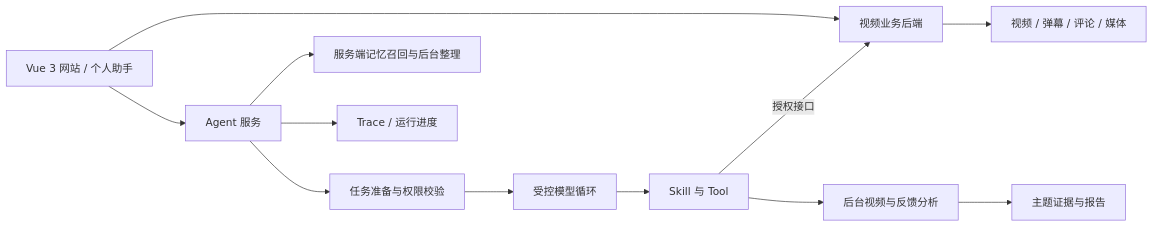
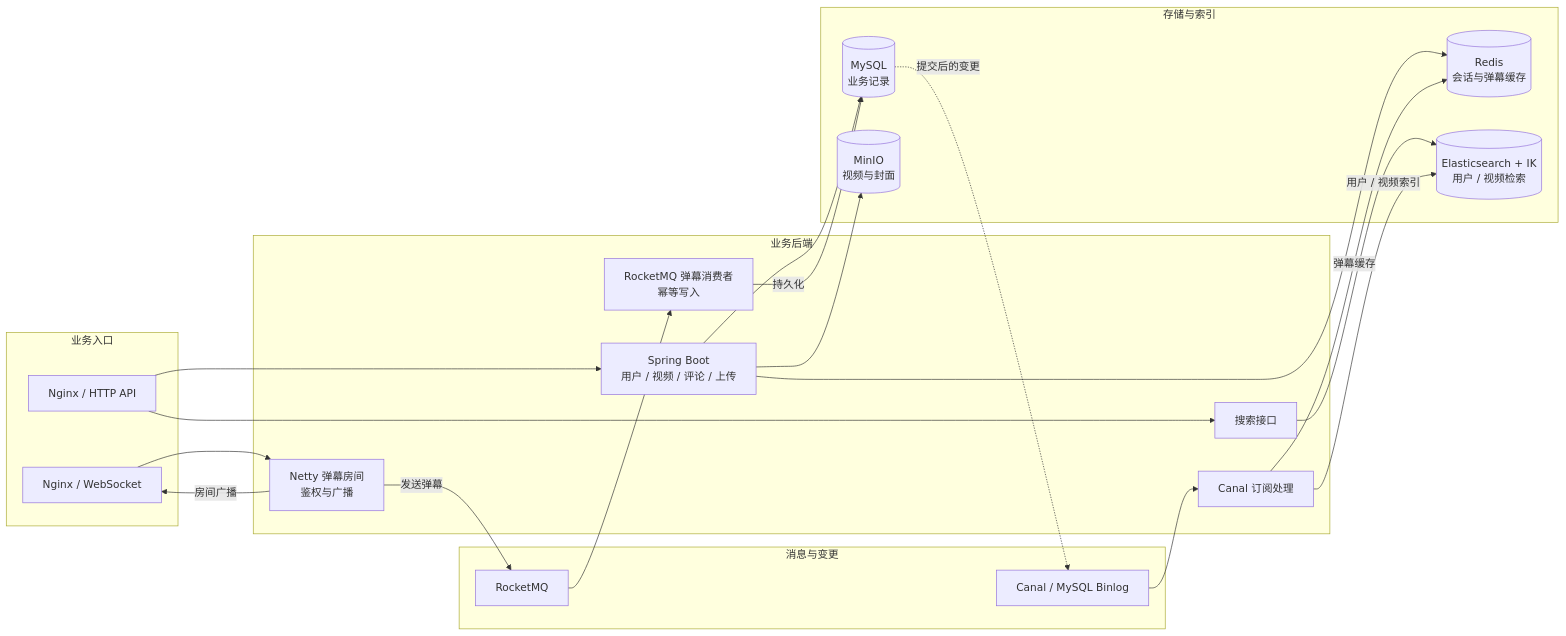
One commit to NBSW002/Tianmu changed the first of 5 diagrams in README.md. Above: the diagram before and after it, drawn with Mermaid. The commit also changed other lines of this file, not shown here.

Commit message:
重画后端与记忆架构图

````diff
--- a/README.md
+++ b/README.md
@@ -124,14 +126,39 @@
 ```mermaid
 flowchart LR
-    Web["Vue 3 网站 / 个人助手"] --> Business["视频业务后端"]
-    Web --> Agent["Agent 服务"]
-    Business --> Data["视频 / 弹幕 / 评论 / 媒体"]
-    Agent --> Prepare["任务准备与权限校验"]
-    Prepare --> Loop["受控模型循环"]
-    Loop --> Tools["Skill 与 Tool"]
-    Tools -->|授权接口| Business
-    Tools --> Analysis["后台视频与反馈分析"]
-    Analysis --> Report["主题证据与报告"]
-    Agent --> Memory["服务端记忆召回与后台整理"]
-    Agent --> Trace["Trace / 运行进度"]
+    subgraph Entry["业务入口"]
+        HTTP["Nginx / HTTP API"]
+        Socket["Nginx / WebSocket"]
+    end
+    subgraph App["业务后端"]
+        API["Spring Boot<br/>用户 / 视频 / 评论 / 上传"]
+        Search["搜索接口"]
+        Netty["Netty 弹幕房间<br/>鉴权与广播"]
+        Consumer["RocketMQ 弹幕消费者<br/>幂等写入"]
+        Sync["Canal 订阅处理"]
+    end
+    subgraph Middleware["消息与变更"]
+        MQ["RocketMQ"]
+        Canal["Canal / MySQL Binlog"]
+    end
+    subgraph Storage["存储与索引"]
+        DB[("MySQL<br/>业务记录")]
+        Redis[("Redis<br/>会话与弹幕缓存")]
+        ES[("Elasticsearch + IK<br/>用户 / 视频检索")]
+        MinIO[("MinIO<br/>视频与封面")]
+    end
+    HTTP --> API
+    HTTP --> Search
+    Socket --> Netty
+    API --> DB
+    API --> Redis
+    API --> MinIO
+    Search --> ES
+    Netty -->|发送弹幕| MQ
+    Netty -->|房间广播| Socket
+    MQ --> Consumer
+    Consumer -->|持久化| DB
+    DB -.->|提交后的变更| Canal
+    Canal --> Sync
+    Sync -->|弹幕缓存| Redis
+    Sync -->|用户 / 视频索引| ES
 ```
````
